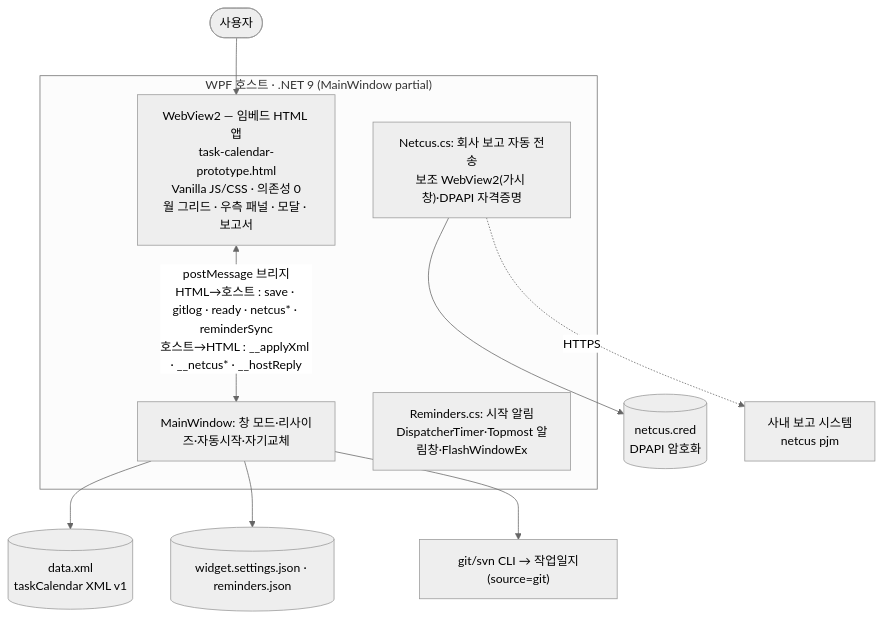
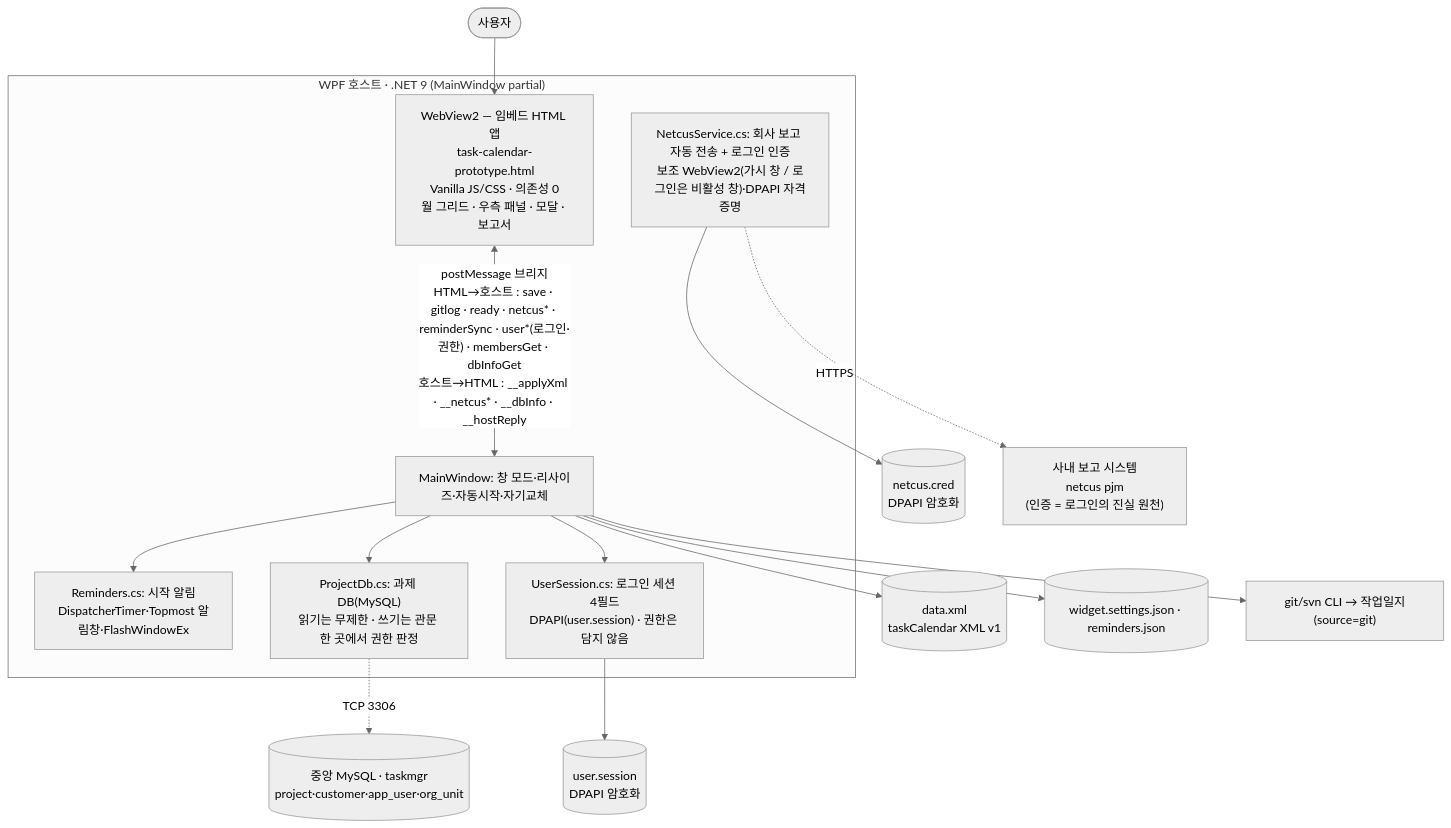
Before and after one commit to Peace-Min/task-calendar: the diagram in README.md, drawn with Mermaid (neutral theme). The commit also changed other lines of this file, not shown here.

````diff
--- a/README.md
+++ b/README.md
@@ -147,17 +164,24 @@
 ```mermaid
 flowchart TB
   user(["사용자"])
   subgraph host["WPF 호스트 · .NET 9 (MainWindow partial)"]
     app["WebView2 — 임베드 HTML 앱<br/>task-calendar-prototype.html<br/>Vanilla JS/CSS · 의존성 0<br/>월 그리드 · 우측 패널 · 모달 · 보고서"]
     hostfn["MainWindow: 창 모드·리사이즈·자동시작·자기교체"]
-    netcus["Netcus.cs: 회사 보고 자동 전송<br/>보조 WebView2(가시 창)·DPAPI 자격증명"]
+    netcus["NetcusService.cs: 회사 보고 자동 전송 + 로그인 인증<br/>보조 WebView2(가시 창 / 로그인은 비활성 창)·DPAPI 자격증명"]
     rem["Reminders.cs: 시작 알림<br/>DispatcherTimer·Topmost 알림창·FlashWindowEx"]
+    db["ProjectDb.cs: 과제 DB(MySQL)<br/>읽기는 무제한 · 쓰기는 관문 한 곳에서 권한 판정"]
+    sess["UserSession.cs: 로그인 세션 4필드<br/>DPAPI(user.session) · 권한은 담지 않음"]
   end
   user --> app
-  app <-->|"postMessage 브리지<br/>HTML→호스트 : save · gitlog · ready · netcus* · reminderSync<br/>호스트→HTML : __applyXml · __netcus* · __hostReply"| hostfn
+  app <-->|"postMessage 브리지<br/>HTML→호스트 : save · gitlog · ready · netcus* · reminderSync · user*(로그인·권한) · membersGet · dbInfoGet<br/>호스트→HTML : __applyXml · __netcus* · __dbInfo · __hostReply"| hostfn
   hostfn --> xml[("data.xml<br/>taskCalendar XML v1")]
   hostfn --> cfg[("widget.settings.json · reminders.json")]
   netcus --> cred[("netcus.cred<br/>DPAPI 암호화")]
-  netcus -.HTTPS.-> pjm["사내 보고 시스템<br/>netcus pjm"]
+  netcus -.HTTPS.-> pjm["사내 보고 시스템<br/>netcus pjm<br/>(인증 = 로그인의 진실 원천)"]
+  sess --> ses[("user.session<br/>DPAPI 암호화")]
+  hostfn --> db
+  hostfn --> sess
+  hostfn --> rem
+  db -.TCP 3306.-> mysql[("중앙 MySQL · taskmgr<br/>project·customer·app_user·org_unit")]
   hostfn --> git["git/svn CLI → 작업일지(source=git)"]
 ```
````
